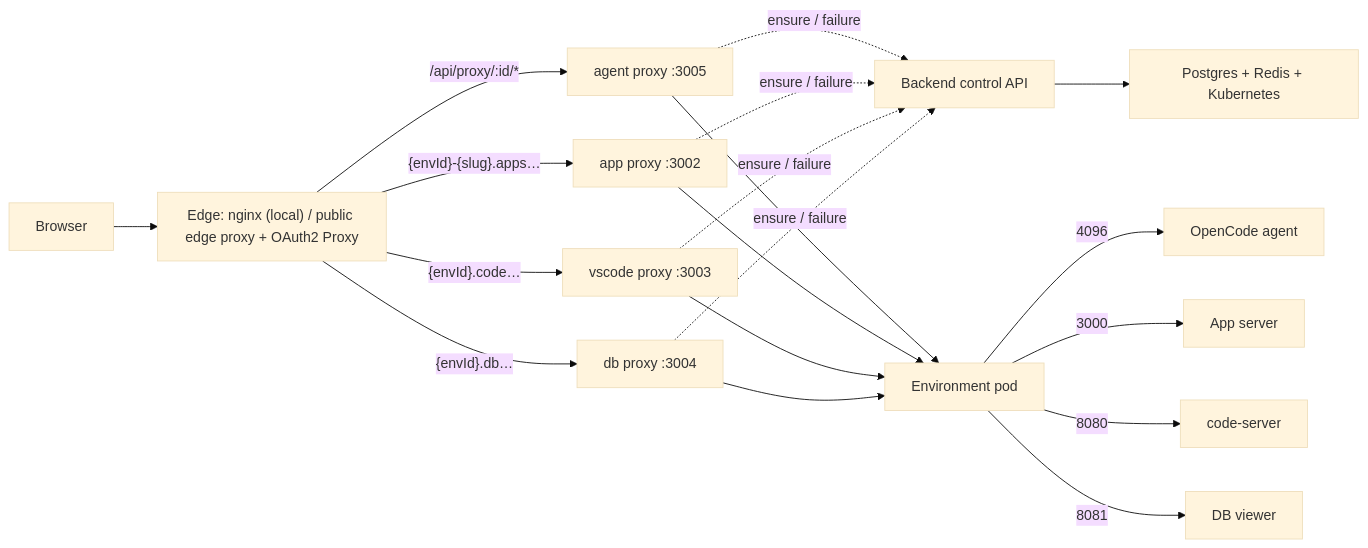
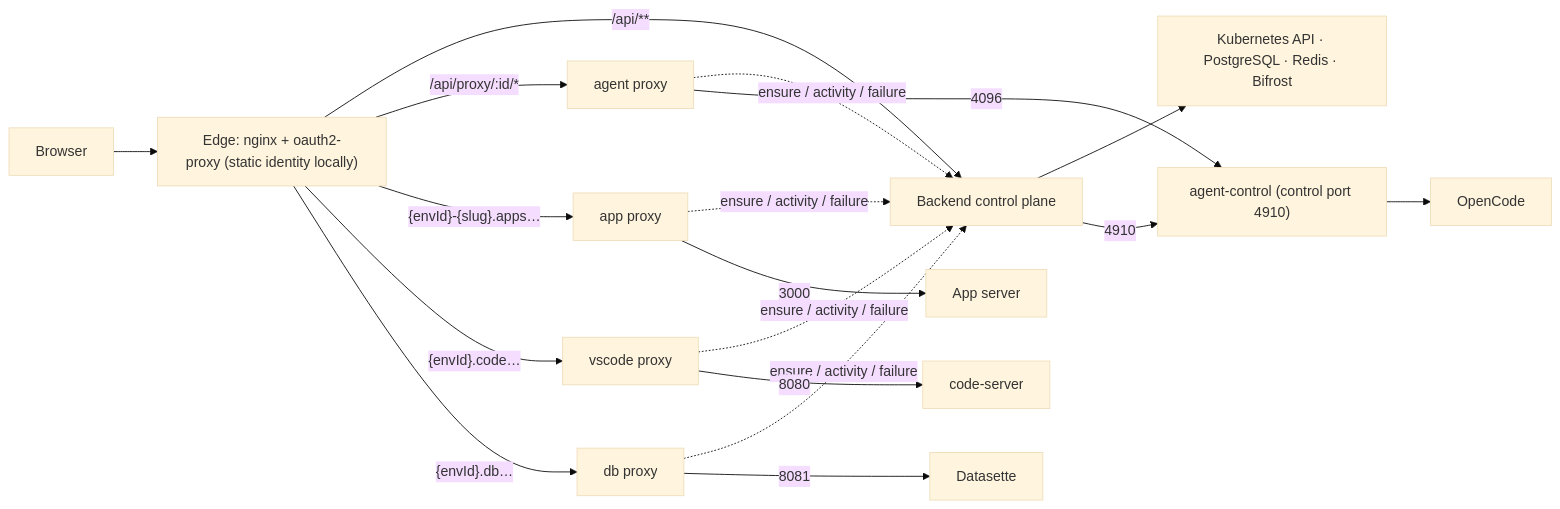
One commit to MinaC4/opsiforce changed the diagram in docs/runtime/request-flows.md. Above: the diagram before and after it, drawn with Mermaid (base theme). The commit also changed other lines of this file and 175 other files, not shown here.

````diff
--- a/docs/runtime/request-flows.md
+++ b/docs/runtime/request-flows.md
@@ -9,21 +19,19 @@
 ```mermaid
 flowchart LR
-  Browser --> Edge["Edge: nginx (local) / public edge proxy + OAuth2 Proxy"]
-  Edge -->|"/api/proxy/:id/*"| Agent["agent proxy :3005"]
-  Edge -->|"{envId}-{slug}.apps…"| App["app proxy :3002"]
-  Edge -->|"{envId}.code…"| VSCode["vscode proxy :3003"]
-  Edge -->|"{envId}.db…"| DB["db proxy :3004"]
+  Browser --> Edge["Edge: nginx + oauth2-proxy (static identity locally)"]
+  Edge -->|"/api/**"| Backend["Backend control plane"]
+  Edge -->|"/api/proxy/:id/*"| Agent["agent proxy"]
+  Edge -->|"{envId}-{slug}.apps…"| App["app proxy"]
+  Edge -->|"{envId}.code…"| VSCode["vscode proxy"]
+  Edge -->|"{envId}.db…"| DB["db proxy"]
 
-  Agent & App & VSCode & DB -. "ensure / failure" .-> Backend["Backend control API"]
-  Backend --> State["Postgres + Redis + Kubernetes"]
+  Agent & App & VSCode & DB -. "ensure / activity / failure" .-> Backend
+  Backend --> State["Kubernetes API · PostgreSQL · Redis · Bifrost"]
 
-  Agent --> Pod["Environment pod"]
-  App --> Pod
-  VSCode --> Pod
-  DB --> Pod
-
-  Pod -->|4096| OpenCode["OpenCode agent"]
-  Pod -->|3000| Webapp["App server"]
-  Pod -->|8080| Code["code-server"]
-  Pod -->|8081| Datasette["DB viewer"]
+  Agent -->|4096| Control["agent-control (control port 4910)"]
+  Control --> OpenCode["OpenCode"]
+  App -->|3000| Webapp["App server"]
+  VSCode -->|8080| Code["code-server"]
+  DB -->|8081| Datasette["Datasette"]
+  Backend -->|4910| Control
 ```
````
